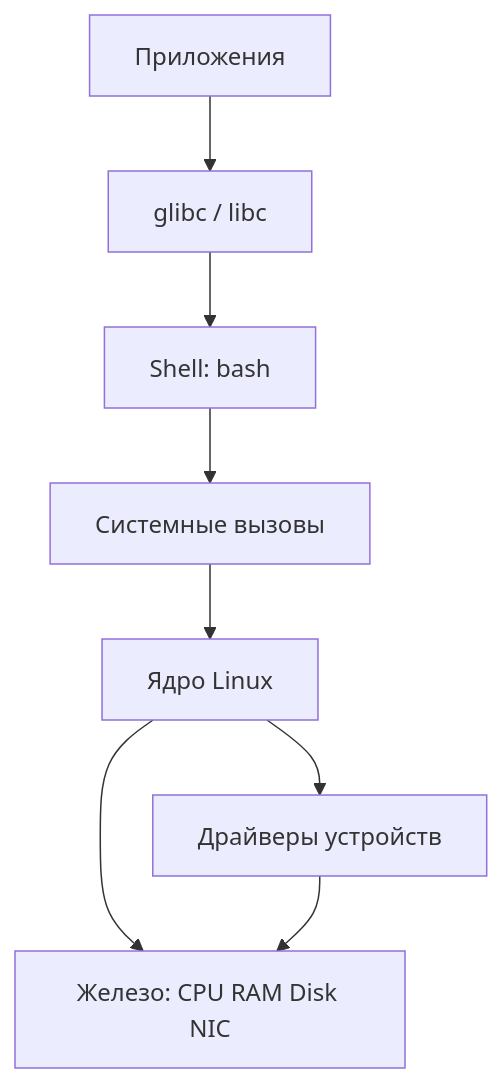
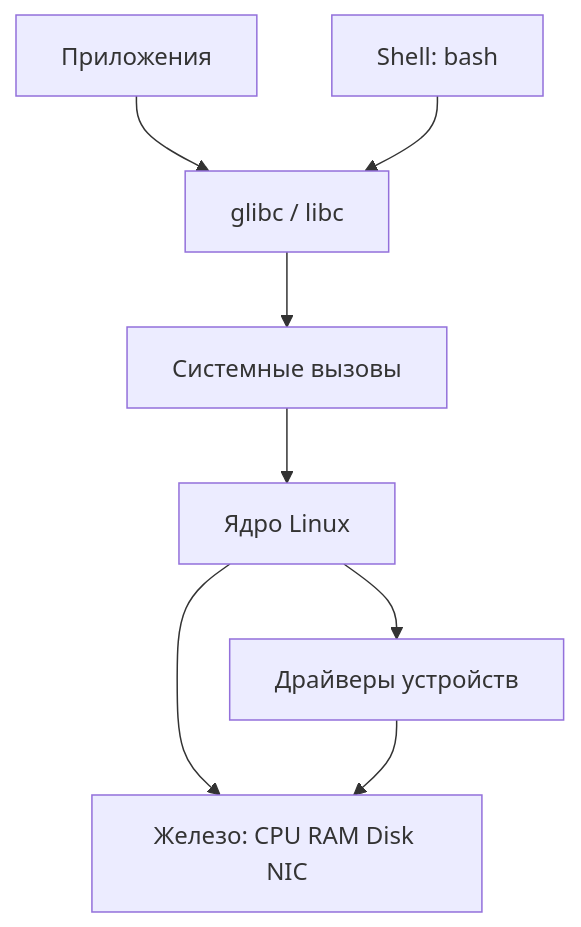
Before and after one commit to BenBakster/linux-brain-map: the diagram in linux-brain-map/01-architecture/README.md, drawn with Mermaid. The commit also changed 8 other files, not shown here.

````diff
--- a/linux-brain-map/01-architecture/README.md
+++ b/linux-brain-map/01-architecture/README.md
@@ -7,10 +7,10 @@
 ```mermaid
 flowchart TB
     APP[Приложения] --> LIBC[glibc / libc]
-    LIBC --> SHELL[Shell: bash]
-    SHELL --> SYSCALL[Системные вызовы]
+    SHELL[Shell: bash] --> LIBC
+    LIBC --> SYSCALL[Системные вызовы]
     SYSCALL --> KERNEL[Ядро Linux]
     KERNEL --> HW[Железо: CPU RAM Disk NIC]
     KERNEL --> DRV[Драйверы устройств]
     DRV --> HW
 ```
````
